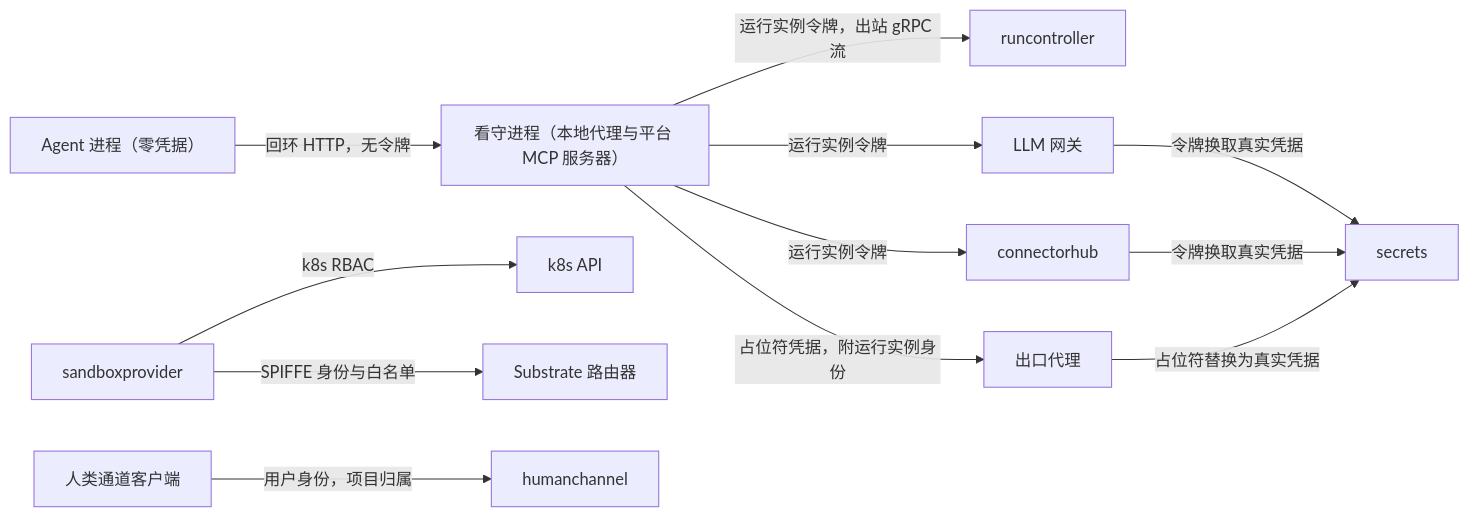
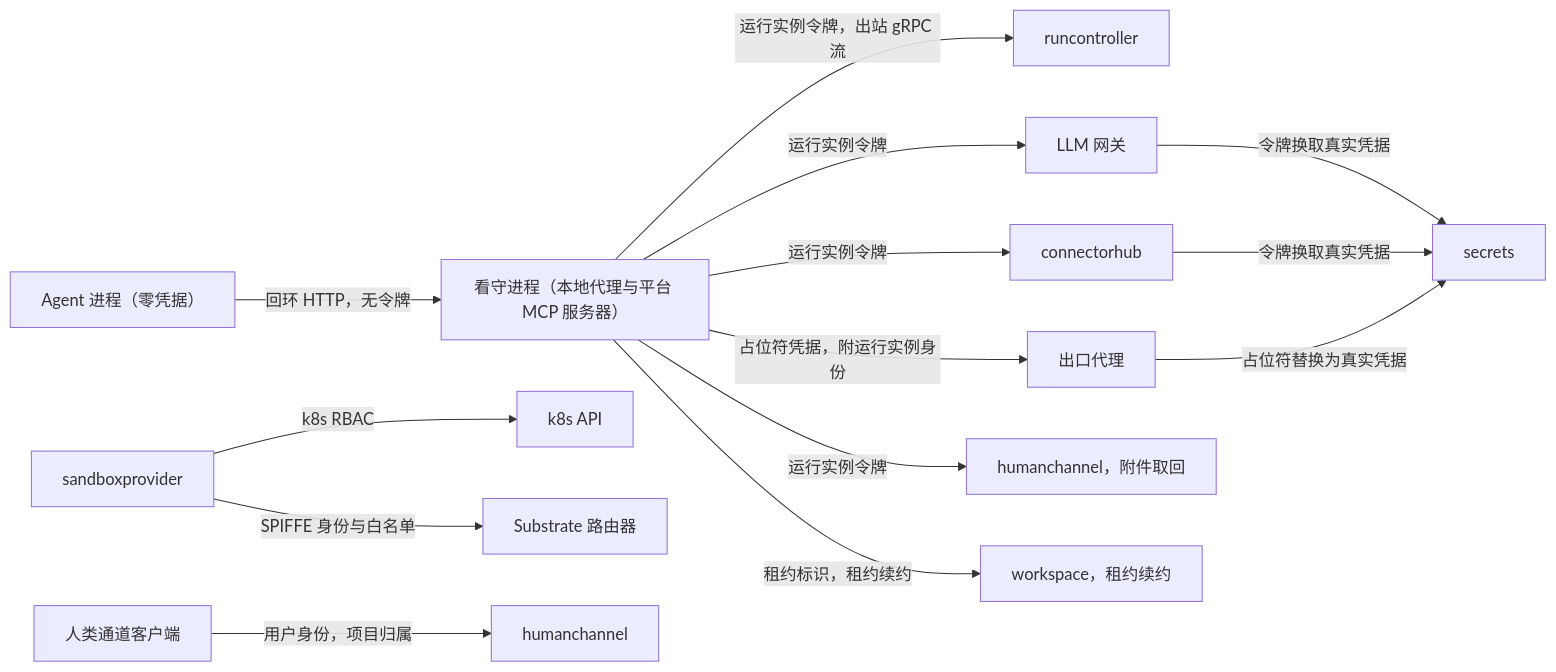
Before and after one commit to wangzw/castworks: the seventh of 7 diagrams in docs/design/architecture.md, drawn with Mermaid. The commit also changed other lines of this file and 6 other files, not shown here.

````diff
--- a/docs/design/architecture.md
+++ b/docs/design/architecture.md
@@ -505,14 +524,16 @@
 ```mermaid
 graph LR
     agent["Agent 进程（零凭据）"] -->|"回环 HTTP，无令牌"| warden["看守进程（本地代理与平台 MCP 服务器）"]
     warden -->|"运行实例令牌，出站 gRPC 流"| rc["runcontroller"]
     warden -->|"运行实例令牌"| gw["LLM 网关"]
     warden -->|"运行实例令牌"| hub["connectorhub"]
     warden -->|"占位符凭据，附运行实例身份"| egress["出口代理"]
+    warden -->|"运行实例令牌"| hc2["humanchannel，附件取回"]
+    warden -->|"租约标识，租约续约"| ws2["workspace，租约续约"]
     gw -->|"令牌换取真实凭据"| sec["secrets"]
     hub -->|"令牌换取真实凭据"| sec
     egress -->|"占位符替换为真实凭据"| sec
     sp["sandboxprovider"] -->|"k8s RBAC"| k8s["k8s API"]
     sp -->|"SPIFFE 身份与白名单"| router["Substrate 路由器"]
     user["人类通道客户端"] -->|"用户身份，项目归属"| hc["humanchannel"]
 ```
````
